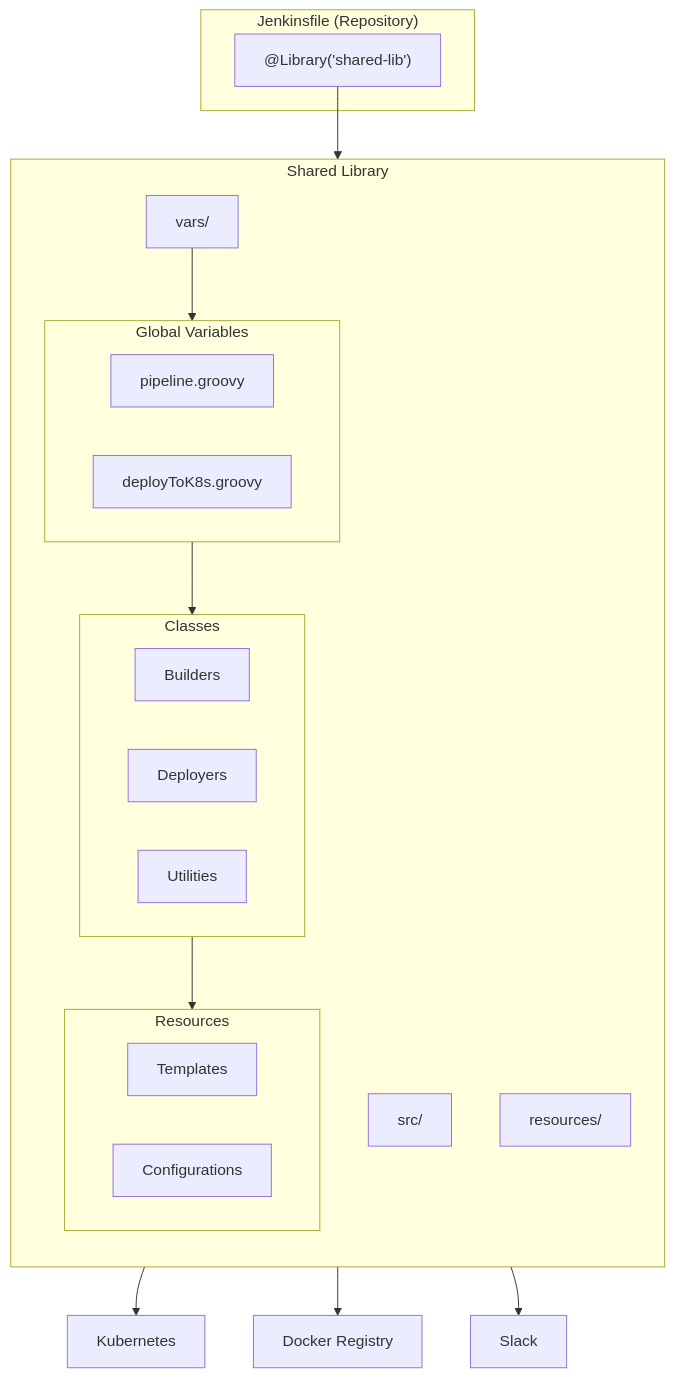
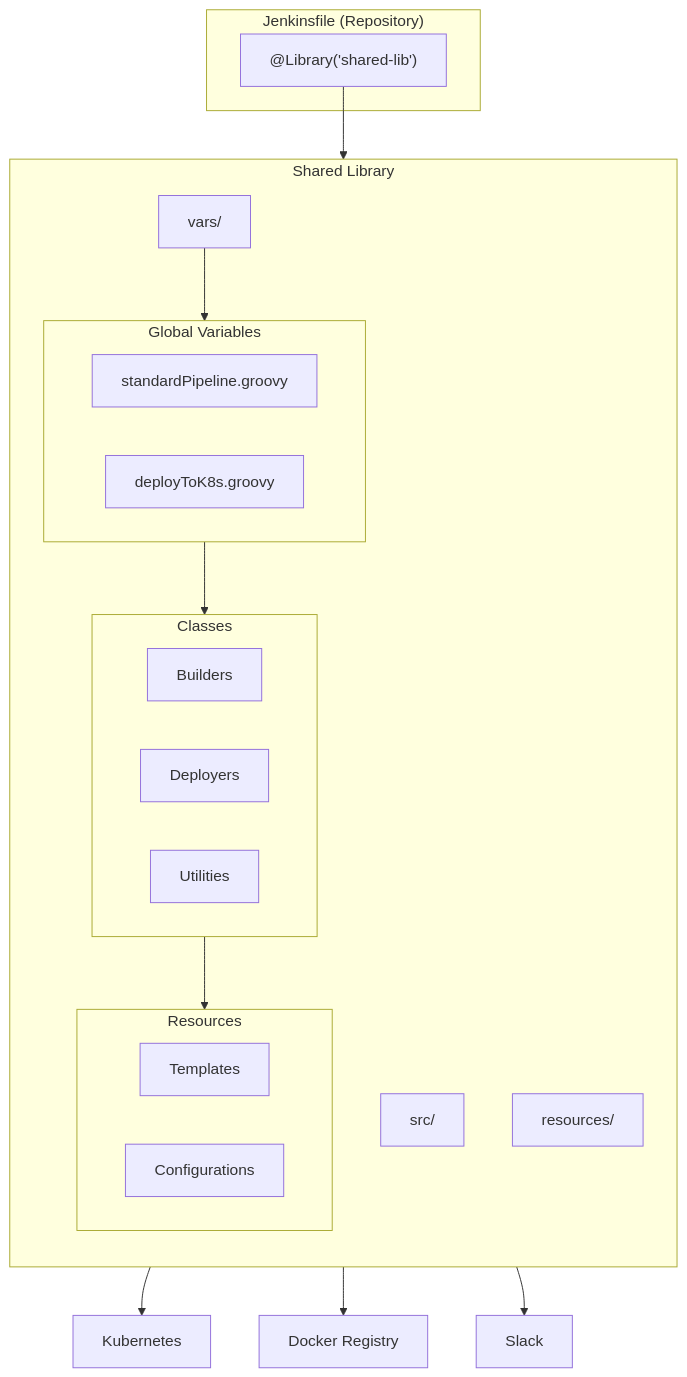
Before and after one commit to OneUptime/blog: the diagram in posts/2026-01-30-jenkins-shared-libraries/README.md, drawn with Mermaid. The commit also changed other lines of this file and 2 other files, not shown here.

````diff
--- a/posts/2026-01-30-jenkins-shared-libraries/README.md
+++ b/posts/2026-01-30-jenkins-shared-libraries/README.md
@@ -391,38 +379,38 @@
 ```mermaid
 flowchart TB
     subgraph Jenkinsfile["Jenkinsfile (Repository)"]
         JF["@Library('shared-lib')"]
     end
 
     subgraph SharedLib["Shared Library"]
         direction TB
         vars["vars/"]
         src["src/"]
         resources["resources/"]
 
         subgraph VarsContent["Global Variables"]
-            pipeline_var["pipeline.groovy"]
+            pipeline_var["standardPipeline.groovy"]
             deploy_var["deployToK8s.groovy"]
         end
 
         subgraph SrcContent["Classes"]
             builders["Builders"]
             deployers["Deployers"]
             utils["Utilities"]
         end
 
         subgraph ResourceContent["Resources"]
             templates["Templates"]
             config["Configurations"]
         end
     end
 
     JF --> vars
     vars --> VarsContent
     VarsContent --> SrcContent
     SrcContent --> ResourceContent
 
     SrcContent --> K8s["Kubernetes"]
     SrcContent --> Docker["Docker Registry"]
     SrcContent --> Slack["Slack"]
 ```
````
